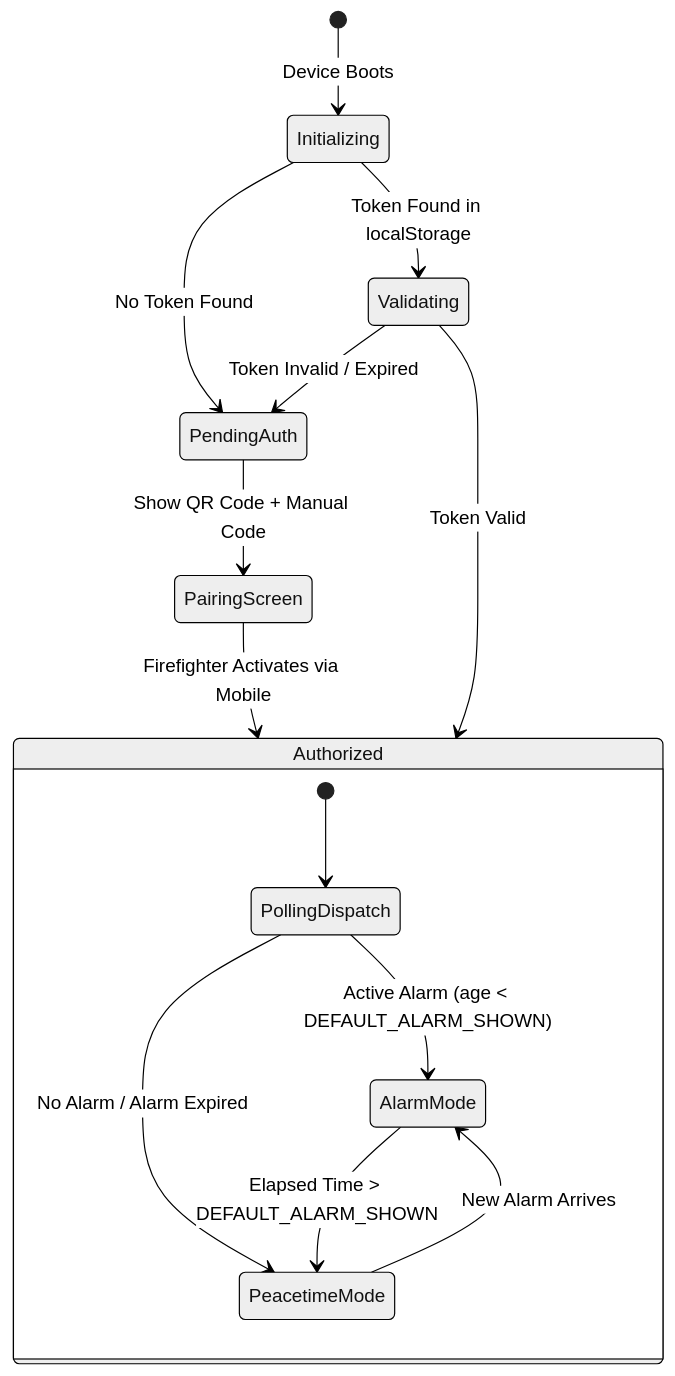
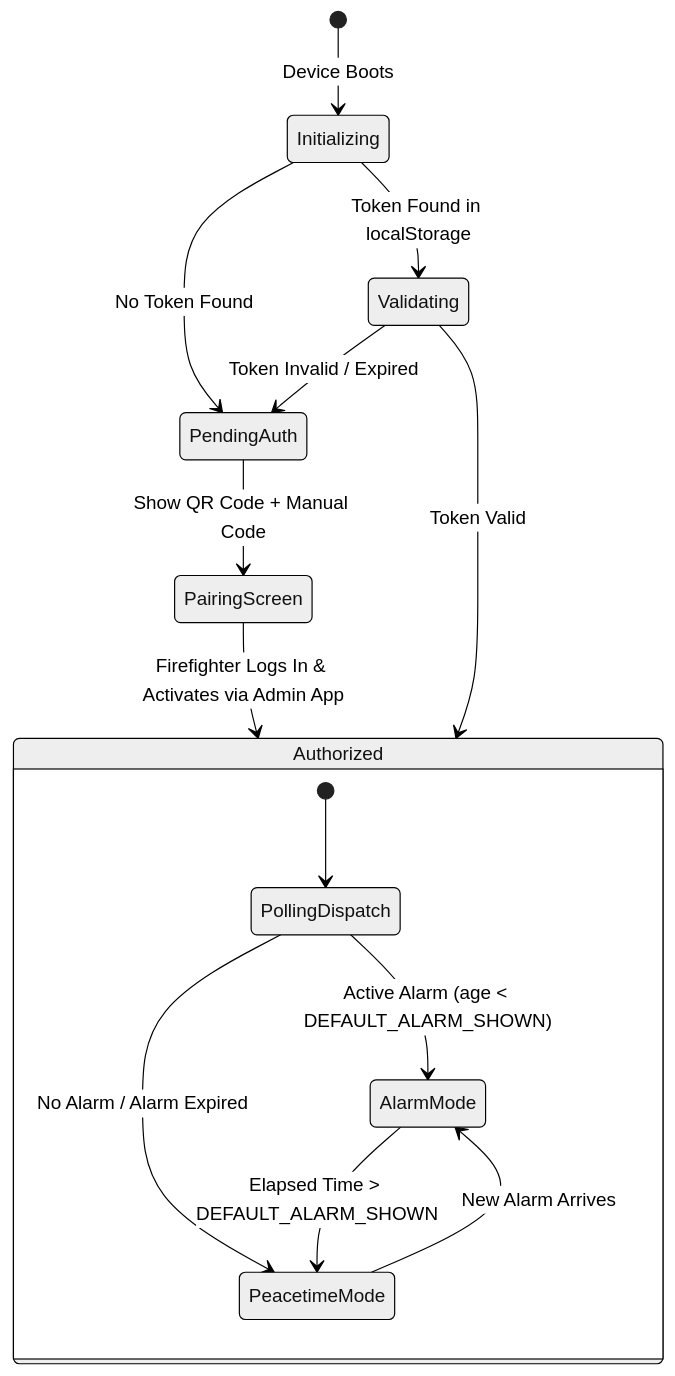
Before and after one commit to janmensik/Alarm.PozarniPoplach.cz: the first of 5 diagrams in APP_DESCRIPTION.md, drawn with Mermaid (neutral theme). The commit also changed other lines of this file and 13 other files, not shown here.

````diff
--- a/APP_DESCRIPTION.md
+++ b/APP_DESCRIPTION.md
@@ -186,19 +185,19 @@
 ```mermaid
 stateDiagram-v2
     [*] --> Initializing: Device Boots
     Initializing --> PendingAuth: No Token Found
     Initializing --> Validating: Token Found in localStorage
     Validating --> PendingAuth: Token Invalid / Expired
     Validating --> Authorized: Token Valid
 
     PendingAuth --> PairingScreen: Show QR Code + Manual Code
-    PairingScreen --> Authorized: Firefighter Activates via Mobile
+    PairingScreen --> Authorized: Firefighter Logs In & Activates via Admin App
 
     state Authorized {
         [*] --> PollingDispatch
         PollingDispatch --> AlarmMode: Active Alarm (age < DEFAULT_ALARM_SHOWN)
         PollingDispatch --> PeacetimeMode: No Alarm / Alarm Expired
         AlarmMode --> PeacetimeMode: Elapsed Time > DEFAULT_ALARM_SHOWN
         PeacetimeMode --> AlarmMode: New Alarm Arrives
     }
 ```
````
